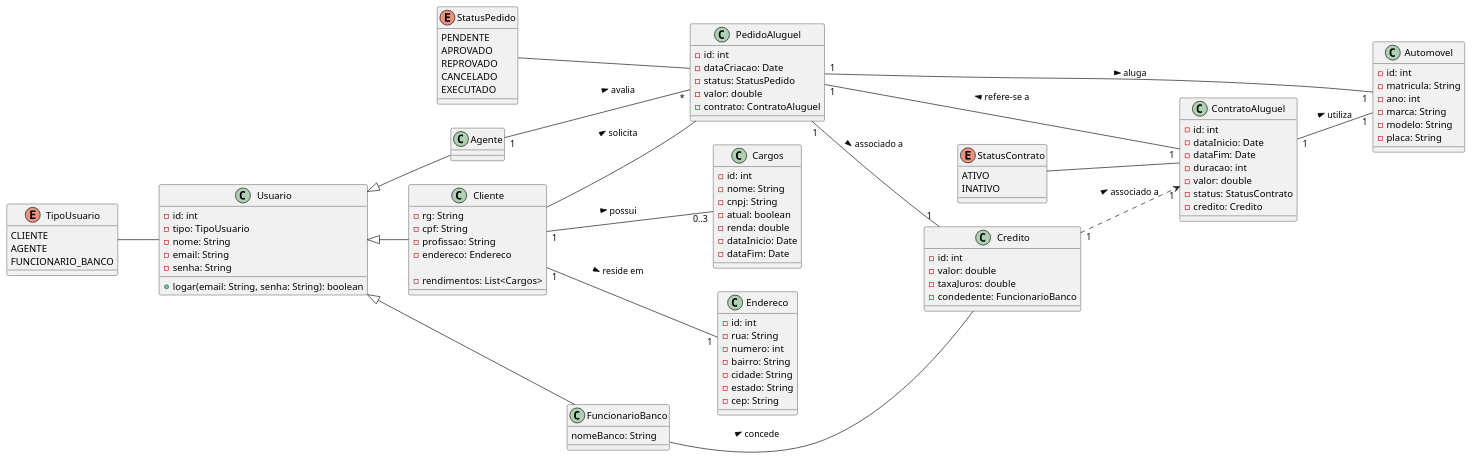
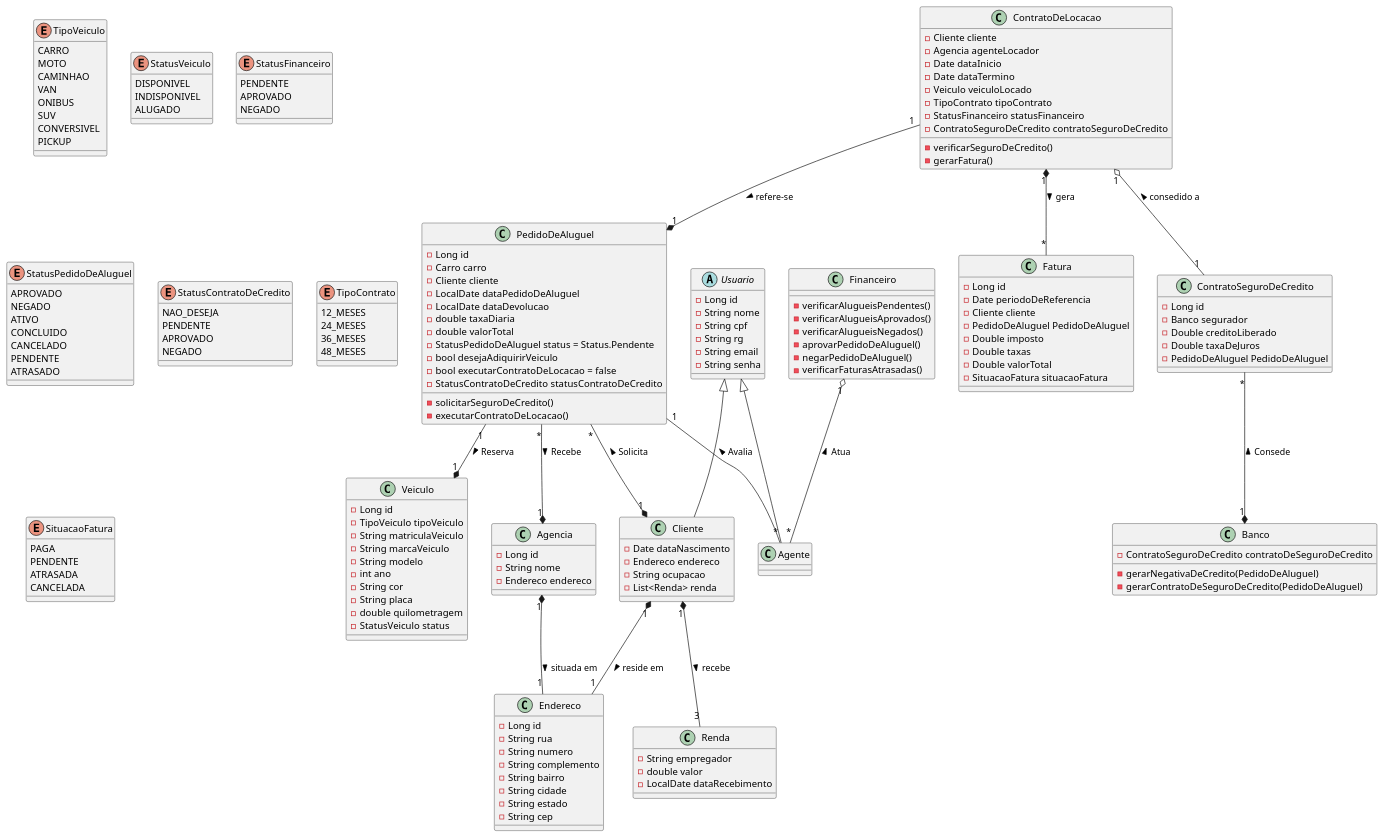
Before and after one commit to software-engineering-graduation/sistema_aluguel_carros-lds2024: the diagram in projeto/diagrama_de_classes.puml, drawn with PlantUML.

```diff
--- a/projeto/diagrama_de_classes.puml
+++ b/projeto/diagrama_de_classes.puml
@@ -1,129 +1,199 @@
-@startuml DiagramaDeClasses
-left to right direction
-
-enum StatusPedido {
-    PENDENTE
-    APROVADO
-    REPROVADO
-    CANCELADO
-    EXECUTADO
+@startuml
+abstract class Usuario {
+    -Long id
+    -String nome
+    -String cpf
+    -String rg
+    -String email
+    -String senha
 }
 
-enum StatusContrato {
-    ATIVO
-    INATIVO
+class Cliente extends Usuario {
+    -Date dataNascimento
+    -Endereco endereco
+    -String ocupacao
+    -List<Renda> renda
 }
 
-enum TipoUsuario {
-    CLIENTE
-    AGENTE
-    FUNCIONARIO_BANCO
-}
-
-class Usuario {
-    - id: int
-    - tipo: TipoUsuario
-    - nome: String
-    - email: String
-    - senha: String
-
-    + logar(email: String, senha: String): boolean
-}
-
-class Cliente {
-    - rg: String
-    - cpf: String
-    - profissao: String
-    - endereco: Endereco
-
-    - rendimentos: List<Cargos>
-}
-
-class Agente {
-}
-
-class FuncionarioBanco {
-    nomeBanco: String
-}
-
-class Cargos {
-    - id: int
-    - nome: String
-    - cnpj: String
-    - atual: boolean
-    - renda: double
-    - dataInicio: Date
-    - dataFim: Date
+class Renda {
+    -String empregador
+    -double valor
+    -LocalDate dataRecebimento
 }
 
 class Endereco {
-    - id: int
-    - rua: String
-    - numero: int
-    - bairro: String
-    - cidade: String
-    - estado: String
-    - cep: String
+    -Long id
+    -String rua
+    -String numero
+    -String complemento
+    -String bairro
+    -String cidade
+    -String estado
+    -String cep
 }
 
-class PedidoAluguel {
-    - id: int
-    - dataCriacao: Date
-    - status: StatusPedido
-    - valor: double
-    - contrato: ContratoAluguel
+class Veiculo {
+    -Long id
+    -TipoVeiculo tipoVeiculo
+    -String matriculaVeiculo
+    -String marcaVeiculo
+    -String modelo
+    -int ano
+    -String cor
+    -String placa
+    -double quilometragem
+    -StatusVeiculo status
+    
 }
 
-class ContratoAluguel {
-    - id: int
-    - dataInicio: Date
-    - dataFim: Date
-    - duracao: int
-    - valor: double
-    - status: StatusContrato
-    - credito: Credito
+class PedidoDeAluguel {
+    -Long id
+    -Carro carro
+    -Cliente cliente
+    -LocalDate dataPedidoDeAluguel
+    -LocalDate dataDevolucao
+    -double taxaDiaria
+    -double valorTotal
+    -StatusPedidoDeAluguel status = Status.Pendente
+    -bool desejaAdiquirirVeiculo
+    -bool executarContratoDeLocacao = false
+    -StatusContratoDeCredito statusContratoDeCredito
+
+    -solicitarSeguroDeCredito()
+    -executarContratoDeLocacao()
 }
 
-class Automovel {
-    - id: int
-    - matricula: String
-    - ano: int
-    - marca: String
-    - modelo: String
-    - placa: String
+Enum TipoVeiculo {
+    CARRO
+    MOTO
+    CAMINHAO
+    VAN
+    ONIBUS
+    SUV
+    CONVERSIVEL
+    PICKUP
 }
 
-class Credito {
-    - id: int
-    - valor: double
-    - taxaJuros: double
-    - condedente: FuncionarioBanco
+Enum StatusVeiculo {
+    DISPONIVEL
+    INDISPONIVEL
+    ALUGADO
 }
 
-Usuario <|-- Cliente
-Usuario <|-- Agente
-Usuario <|-- FuncionarioBanco
 
-Cliente -- PedidoAluguel : solicita >
+Enum StatusFinanceiro {
+    PENDENTE
+    APROVADO
+    NEGADO
+}
 
-Agente "1" -- "*" PedidoAluguel : avalia >
+Enum StatusPedidoDeAluguel {
+    APROVADO
+    NEGADO
+    ATIVO
+    CONCLUIDO
+    CANCELADO
+    PENDENTE
+    ATRASADO
+}
 
-FuncionarioBanco -- Credito : concede >
+Enum StatusContratoDeCredito{
+    NAO_DESEJA
+    PENDENTE
+    APROVADO
+    NEGADO
+}
 
-PedidoAluguel "1" -- "1" Automovel : aluga >
-PedidoAluguel "1" -- "1" Credito : associado a >
+Enum TipoContrato{
+    12_MESES
+    24_MESES
+    36_MESES
+    48_MESES
+}
 
-ContratoAluguel "1" -- "1" PedidoAluguel : refere-se a >
-ContratoAluguel "1" -- "1" Automovel : utiliza >
+Enum SituacaoFatura{
+    PAGA
+    PENDENTE
+    ATRASADA
+    CANCELADA
+}
 
-Credito "1" ..> "1" ContratoAluguel : associado a >
+class Agencia {
+    -Long id
+    -String nome
+    -Endereco endereco
+}
 
-Cliente "1" -- "0..3" Cargos : possui >
+class Fatura {
+    -Long id
+    -Date periodoDeReferencia
+    -Cliente cliente
+    -PedidoDeAluguel PedidoDeAluguel
+    -Double imposto
+    -Double taxas
+    -Double valorTotal
+    -SituacaoFatura situacaoFatura
+}
 
-Cliente "1" -- "1" Endereco : reside em >
+class Financeiro {
+    -verificarAlugueisPendentes()
+    -verificarAlugueisAprovados()
+    -verificarAlugueisNegados()
+    -aprovarPedidoDeAluguel()
+    -negarPedidoDeAluguel()
+    -verificarFaturasAtrasadas()
+}
 
-StatusPedido -- PedidoAluguel
-StatusContrato -- ContratoAluguel
-TipoUsuario -- Usuario
+class ContratoDeLocacao{
+    -Cliente cliente
+    -Agencia agenteLocador
+    -Date dataInicio
+    -Date dataTermino
+    -Veiculo veiculoLocado
+    -TipoContrato tipoContrato
+    -StatusFinanceiro statusFinanceiro
+    -ContratoSeguroDeCredito contratoSeguroDeCredito
 
+    -verificarSeguroDeCredito()
+    -gerarFatura()
+}
+
+class Agente extends Usuario{
+
+}
+
+class Banco{
+    -ContratoSeguroDeCredito contratoDeSeguroDeCredito 
+    -gerarNegativaDeCredito(PedidoDeAluguel)
+    -gerarContratoDeSeguroDeCredito(PedidoDeAluguel)
+}
+
+
+class ContratoSeguroDeCredito {
+    -Long id
+    -Banco segurador
+    -Double creditoLiberado
+    -Double taxaDeJuros
+    -PedidoDeAluguel PedidoDeAluguel
+}
+
+ContratoSeguroDeCredito "*" --* "1" Banco : Consede <
+
+ContratoDeLocacao "1" --* "1" PedidoDeAluguel : refere-se >
+ContratoDeLocacao "1" o-- "1" ContratoSeguroDeCredito : consedido a <
+
+PedidoDeAluguel "*" --* "1" Cliente : Solicita  <
+PedidoDeAluguel "*" --* "1" Agencia : Recebe >
+PedidoDeAluguel "1" --* "1" Veiculo : Reserva >
+PedidoDeAluguel "1" -- "*" Agente : Avalia <
+
+
+ContratoDeLocacao "1" *-- "*" Fatura : gera >
+
+Financeiro "1" o-- "*" Agente : Atua <
+
+Cliente "1" *-- "1" Endereco : reside em >
+Cliente "1" *-- "3" Renda : recebe >
+
+Agencia "1" *-- "1" Endereco : situada em >
 @enduml
```
